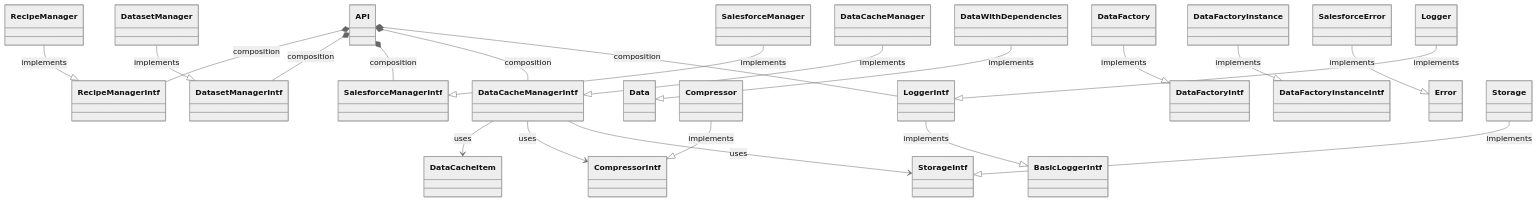
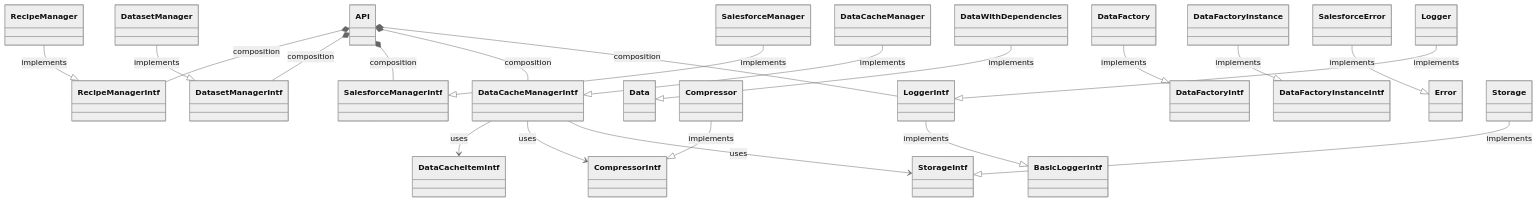
Before and after one commit to SalesforceLabs/OrgCheck: the first of 3 diagrams in docs/index8.classdiagram.md, drawn with Mermaid (neutral theme). The commit also changed other lines of this file and 232 other files, not shown here.

````diff
--- a/docs/index8.classdiagram.md
+++ b/docs/index8.classdiagram.md
@@ -12,23 +12,23 @@
 ```mermaid
 classDiagram
 API *-- RecipeManagerIntf : composition
 API *-- DatasetManagerIntf : composition
 API *-- SalesforceManagerIntf : composition
 API *-- DataCacheManagerIntf : composition
 API *-- LoggerIntf : composition
 DataCacheManager --|> DataCacheManagerIntf : implements
-DataCacheManagerIntf --> DataCacheItem : uses
+DataCacheManagerIntf --> DataCacheItemIntf : uses
 Compressor --|> CompressorIntf : implements
 DataCacheManagerIntf --> CompressorIntf : uses
 DataCacheManagerIntf --> StorageIntf : uses
 DataWithDependencies --|> Data : implements
 DataFactory --|> DataFactoryIntf : implements
 DataFactoryInstance --|> DataFactoryInstanceIntf : implements
 DatasetManager --|> DatasetManagerIntf : implements
 Logger --|> LoggerIntf : implements
 LoggerIntf --|> BasicLoggerIntf : implements
 RecipeManager --|> RecipeManagerIntf : implements
 SalesforceManager --|> SalesforceManagerIntf : implements
 SalesforceError --|> Error : implements
 Storage --|> StorageIntf : implements
 ```
````
